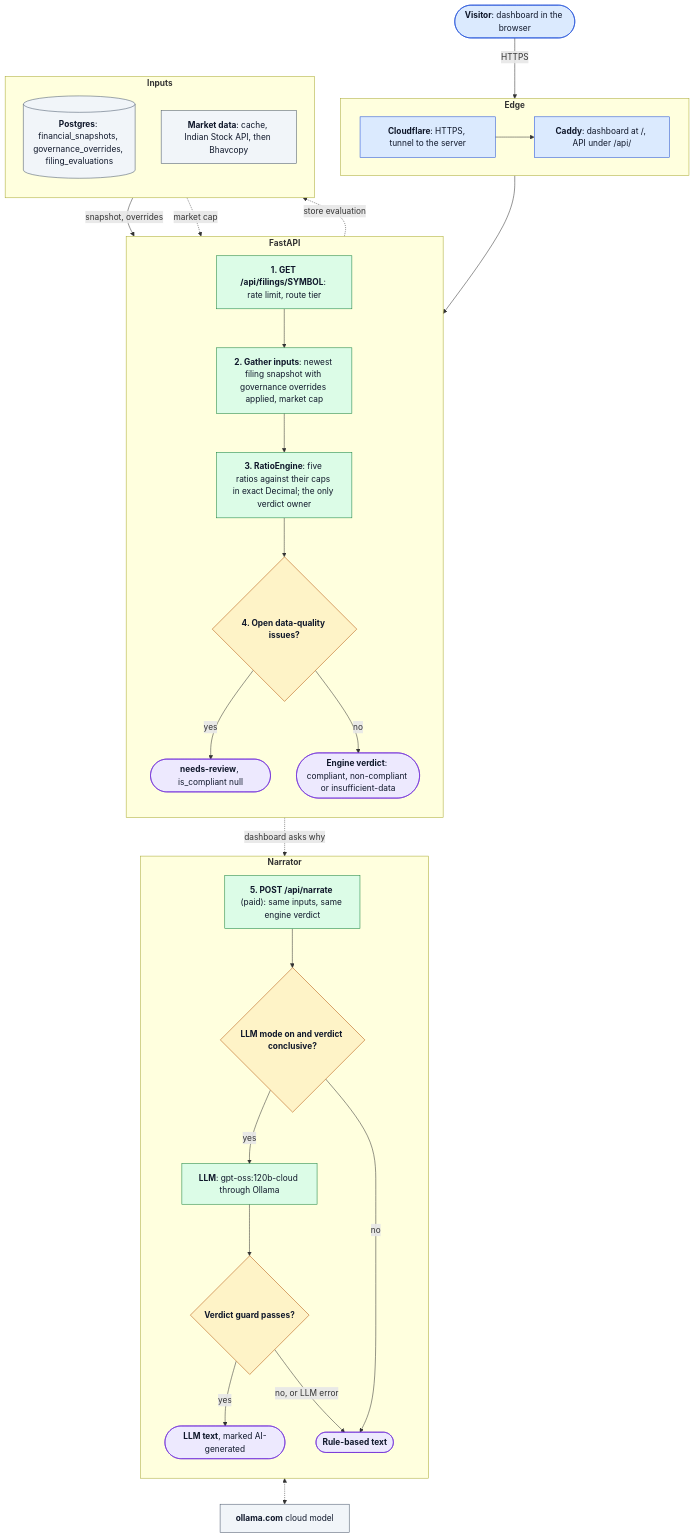
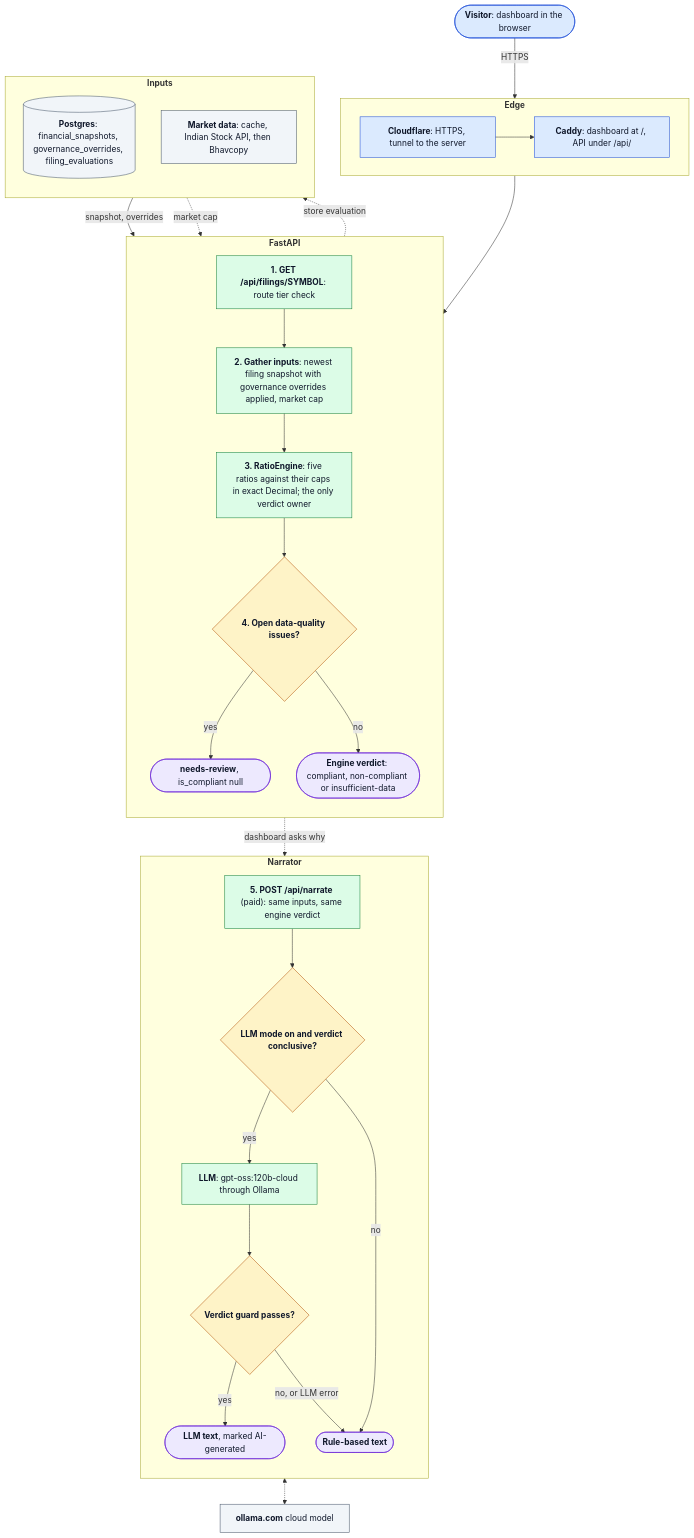
The first of 2 diagrams in README.md (hamza-aziz-ai/HalalLens), drawn with Mermaid before and after one commit. The commit also changed other lines of this file and 1 other file, not shown here.

First paragraph of the commit message:
docs: rewrite FLOW.md as ten system-design diagrams with checked traces (#215)
* docs: rewrite FLOW.md as ten system-design diagrams with checked traces

````diff
--- a/README.md
+++ b/README.md
@@ -11,64 +11,64 @@
 ```mermaid
 flowchart TB
   V(["`**Visitor**: dashboard in the browser`"])
 
   subgraph EDGE["`**Edge**`"]
     direction LR
     CF["`**Cloudflare**: HTTPS, tunnel to the server`"] --> CADDY["`**Caddy**: dashboard at /, API under /api/`"]
   end
 
   subgraph API["`**FastAPI**`"]
     direction TB
-    REQ["`**1. GET /api/filings/SYMBOL**: rate limit, route tier`"]
+    REQ["`**1. GET /api/filings/SYMBOL**: route tier check`"]
     LOAD["`**2. Gather inputs**: newest filing snapshot with governance overrides applied, market cap`"]
     ENG["`**3. RatioEngine**: five ratios against their caps in exact Decimal; the only verdict owner`"]
     QI{"`**4. Open data-quality issues?**`"}
     NR(["`**needs-review**, is_compliant null`"])
     VER(["`**Engine verdict**: compliant, non-compliant or insufficient-data`"])
     REQ --> LOAD --> ENG --> QI
     QI -->|"`yes`"| NR
     QI -->|"`no`"| VER
   end
 
   subgraph INPUTS["`**Inputs**`"]
     direction TB
     PG[("`**Postgres**: financial_snapshots, governance_overrides, filing_evaluations`")]
     MKT["`**Market data**: cache, Indian Stock API, then Bhavcopy`"]
   end
 
   subgraph NARR["`**Narrator**`"]
     direction TB
     ASK["`**5. POST /api/narrate** (paid): same inputs, same engine verdict`"]
     MODE{"`**LLM mode on and verdict conclusive?**`"}
     LLM["`**LLM**: gpt-oss:120b-cloud through Ollama`"]
     GUARD{"`**Verdict guard passes?**`"}
     AI(["`**LLM text**, marked AI-generated`"])
     RB(["`**Rule-based text**`"])
     ASK --> MODE
     MODE -->|"`yes`"| LLM --> GUARD
     GUARD -->|"`yes`"| AI
     GUARD -->|"`no, or LLM error`"| RB
     MODE -->|"`no`"| RB
   end
 
   OLL["`**ollama.com** cloud model`"]
 
   V -->|"`HTTPS`"| CF
   CADDY --> REQ
   PG -->|"`snapshot, overrides`"| LOAD
   MKT -.->|"`market cap`"| LOAD
   QI -.->|"`store evaluation`"| PG
   VER -.->|"`dashboard asks why`"| ASK
   LLM <-.-> OLL
 
   classDef edge fill:#dbeafe,stroke:#1d4ed8,color:#0f172a
   classDef step fill:#dcfce7,stroke:#15803d,color:#0f172a
   classDef decision fill:#fef3c7,stroke:#b45309,color:#0f172a
   classDef outcome fill:#ede9fe,stroke:#6d28d9,color:#0f172a
   classDef store fill:#f1f5f9,stroke:#475569,color:#0f172a
   class V,CF,CADDY edge
   class REQ,LOAD,ENG,ASK,LLM step
   class QI,MODE,GUARD decision
   class NR,VER,AI,RB outcome
   class PG,MKT,OLL store
 ```
````
